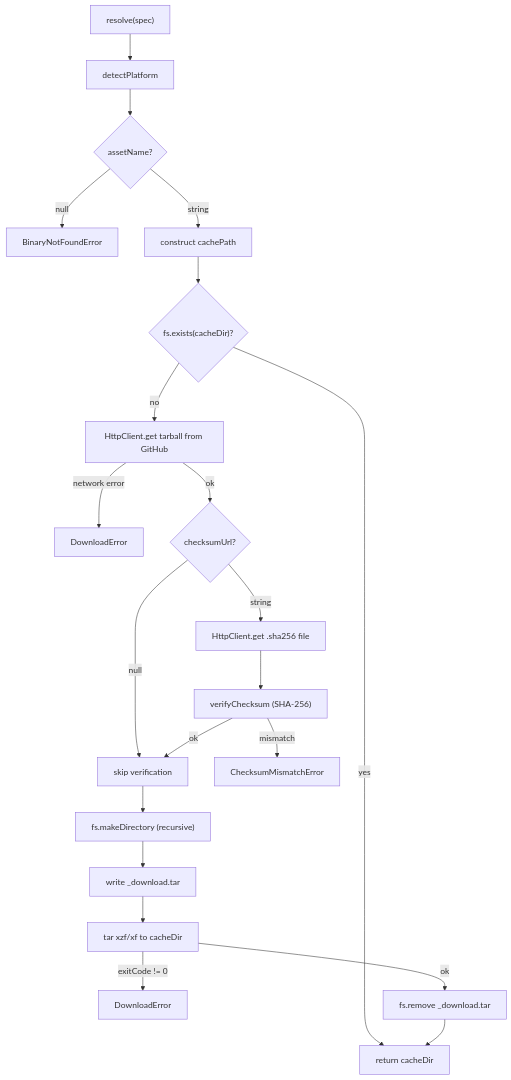
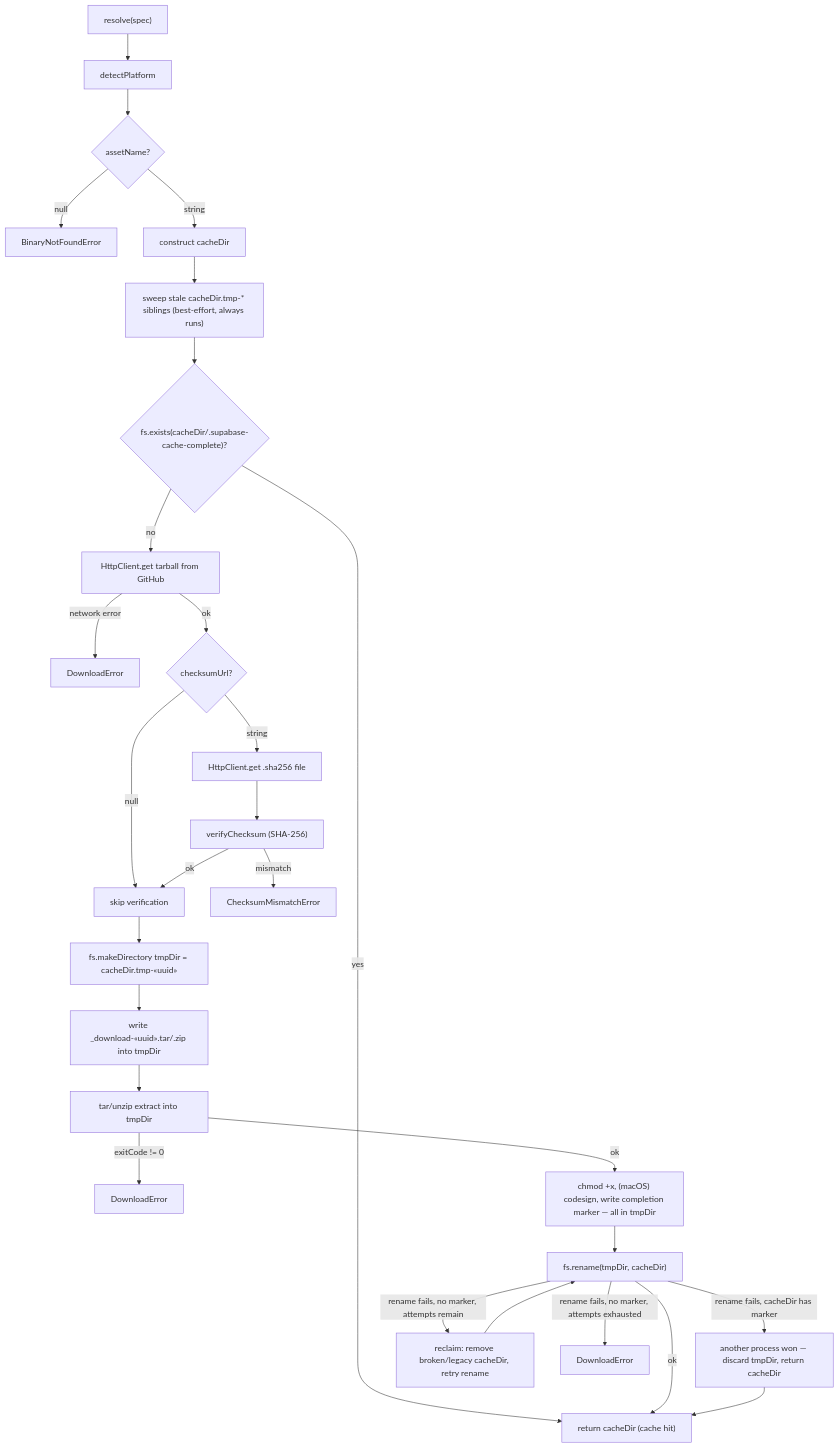
The fourth of 9 diagrams in packages/stack/docs/architecture.md (supabase/cli), drawn with Mermaid before and after one commit. The commit also changed other lines of this file and 2 other files, not shown here.

First paragraph of the commit message:
fix(stack): stage binary downloads and extract via atomic rename to avoid cross-process cache races (#6003)
## What kind of change does this PR introduce?

````diff
--- a/packages/stack/docs/architecture.md
+++ b/packages/stack/docs/architecture.md
@@ -265,23 +265,30 @@
 ```mermaid
 flowchart TD
     A["resolve(spec)"] --> B["detectPlatform"]
     B --> C{"assetName?"}
     C -->|"null"| D["BinaryNotFoundError"]
-    C -->|"string"| E["construct cachePath"]
-    E --> F{"fs.exists(cacheDir)?"}
-    F -->|"yes"| G["return cacheDir"]
+    C -->|"string"| E["construct cacheDir"]
+    E --> F2["sweep stale cacheDir.tmp-* siblings (best-effort, always runs)"]
+    F2 --> F{"fs.exists(cacheDir/.supabase-cache-complete)?"}
+    F -->|"yes"| G["return cacheDir (cache hit)"]
     F -->|"no"| H["HttpClient.get tarball from GitHub"]
     H -->|"network error"| I["DownloadError"]
     H -->|"ok"| J{"checksumUrl?"}
     J -->|"null"| L["skip verification"]
     J -->|"string"| K["HttpClient.get .sha256 file"]
     K --> M["verifyChecksum (SHA-256)"]
     M -->|"mismatch"| N["ChecksumMismatchError"]
     M -->|"ok"| L
-    L --> O["fs.makeDirectory (recursive)"]
-    O --> P["write _download.tar"]
-    P --> Q["tar xzf/xf to cacheDir"]
+    L --> O["fs.makeDirectory tmpDir = cacheDir.tmp-«uuid»"]
+    O --> P["write _download-«uuid».tar/.zip into tmpDir"]
+    P --> Q["tar/unzip extract into tmpDir"]
     Q -->|"exitCode != 0"| R["DownloadError"]
-    Q -->|"ok"| S["fs.remove _download.tar"]
-    S --> G
+    Q -->|"ok"| T["chmod +x, (macOS) codesign, write completion marker — all in tmpDir"]
+    T --> U["fs.rename(tmpDir, cacheDir)"]
+    U -->|"ok"| G
+    U -->|"rename fails, cacheDir has marker"| V["another process won — discard tmpDir, return cacheDir"]
+    U -->|"rename fails, no marker, attempts remain"| W["reclaim: remove broken/legacy cacheDir, retry rename"]
+    U -->|"rename fails, no marker, attempts exhausted"| X["DownloadError"]
+    W --> U
+    V --> G
 ```
````
